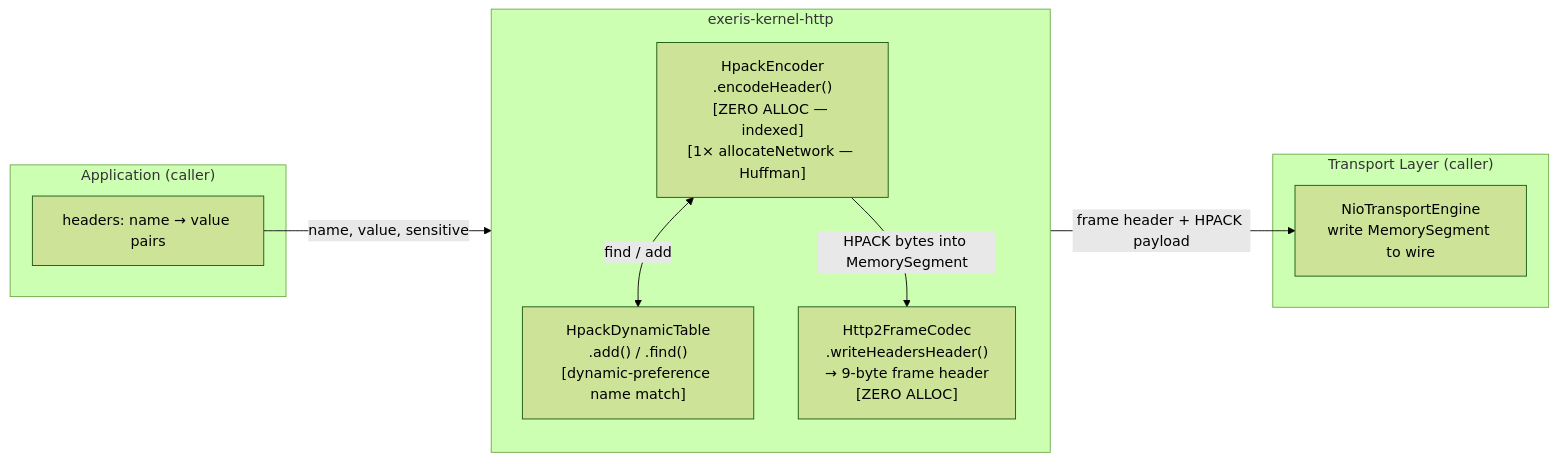
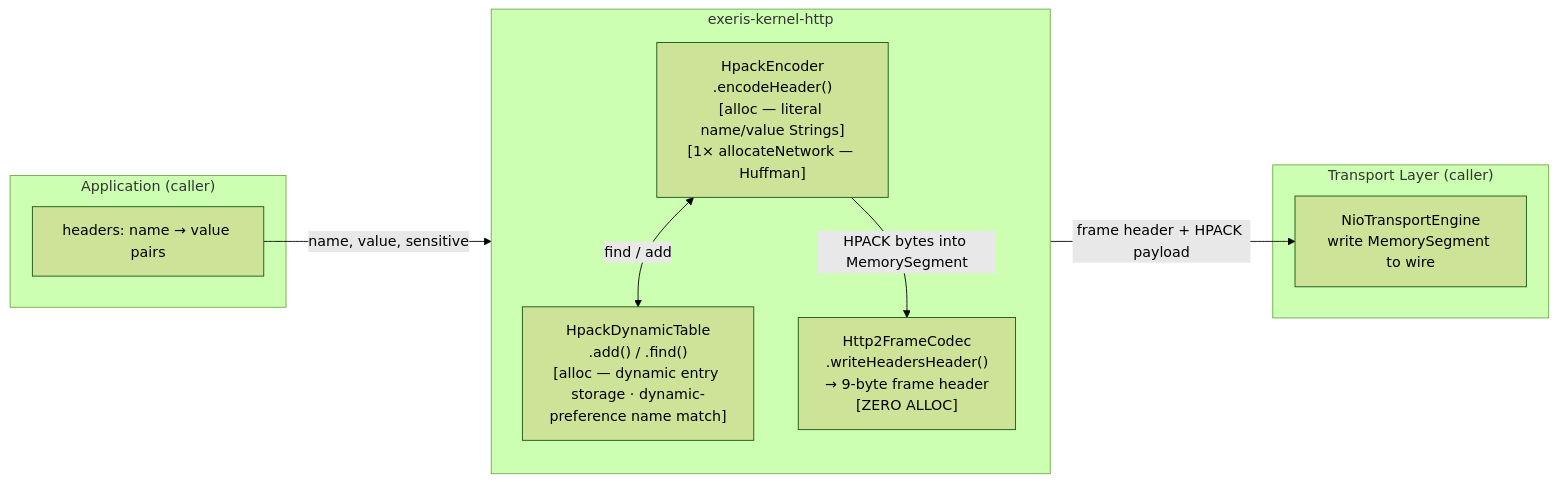
Before and after one commit to exeris-systems/exeris-kernel: the third of 4 diagrams in docs/modules/06-http.md, drawn with Mermaid (forest theme). The commit also changed other lines of this file, not shown here.

Commit message:
feat(http): Update HpackDecoder and HpackEncoder documentation for improved clarity on memory allocation

````diff
--- a/docs/modules/06-http.md
+++ b/docs/modules/06-http.md
@@ -81,22 +81,22 @@
 ```mermaid
 flowchart LR
     subgraph App["Application (caller)"]
         A["headers: name → value pairs"]
     end
 
     subgraph HTTP["exeris-kernel-http"]
         direction TB
-        E["HpackEncoder\n.encodeHeader()\n[ZERO ALLOC — indexed]\n[1× allocateNetwork — Huffman]"]
-        ET["HpackDynamicTable\n.add() / .find()\n[dynamic-preference name match]"]
+        E["HpackEncoder\n.encodeHeader()\n[alloc — literal name/value Strings]\n[1× allocateNetwork — Huffman]"]
+        ET["HpackDynamicTable\n.add() / .find()\n[alloc — dynamic entry storage · dynamic-preference name match]"]
         FE["Http2FrameCodec\n.writeHeadersHeader()\n→ 9-byte frame header\n[ZERO ALLOC]"]
     end
 
     subgraph Transport["Transport Layer (caller)"]
         T["NioTransportEngine\nwrite MemorySegment to wire"]
     end
 
     A -->|"name, value, sensitive"| E
     E <-->|"find / add"| ET
     E -->|"HPACK bytes into MemorySegment"| FE
     FE -->|"frame header + HPACK payload"| T
 ```
````
